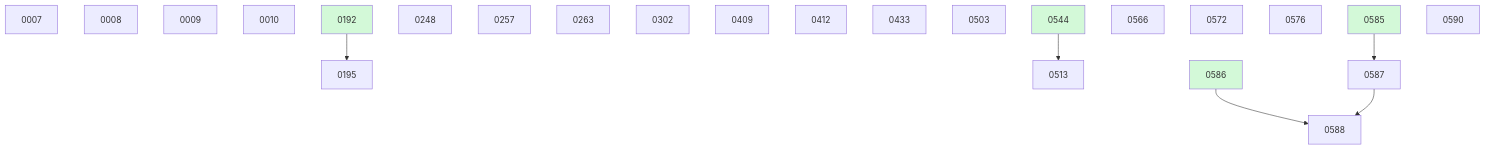
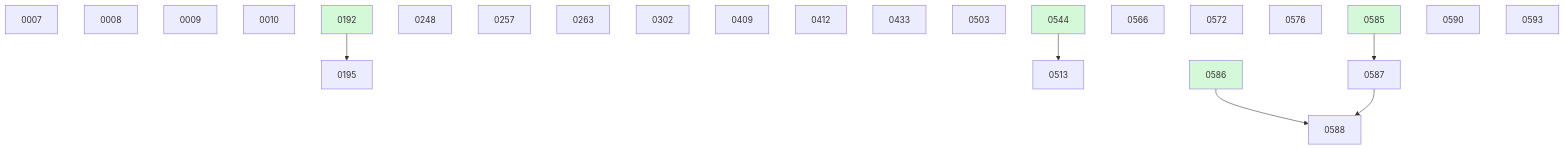
The diagram in docs/changes/BOARD.md (danielhanold/docket), drawn with Mermaid before and after one commit. The commit also changed other lines of this file and 1 other file, not shown here.

````diff
--- a/docs/changes/BOARD.md
+++ b/docs/changes/BOARD.md
@@ -40,29 +41,30 @@
 ```mermaid
 graph TD
   0007
   0008
   0009
   0010
   0192 --> 0195
   0248
   0257
   0263
   0302
   0409
   0412
   0433
   0503
   0544 --> 0513
   0566
   0572
   0576
   0585 --> 0587
   0586 --> 0588
   0587 --> 0588
   0590
+  0593
   0192:::done
   0544:::done
   0585:::done
   0586:::done
   classDef done fill:#d3f9d8;
 ```
````
